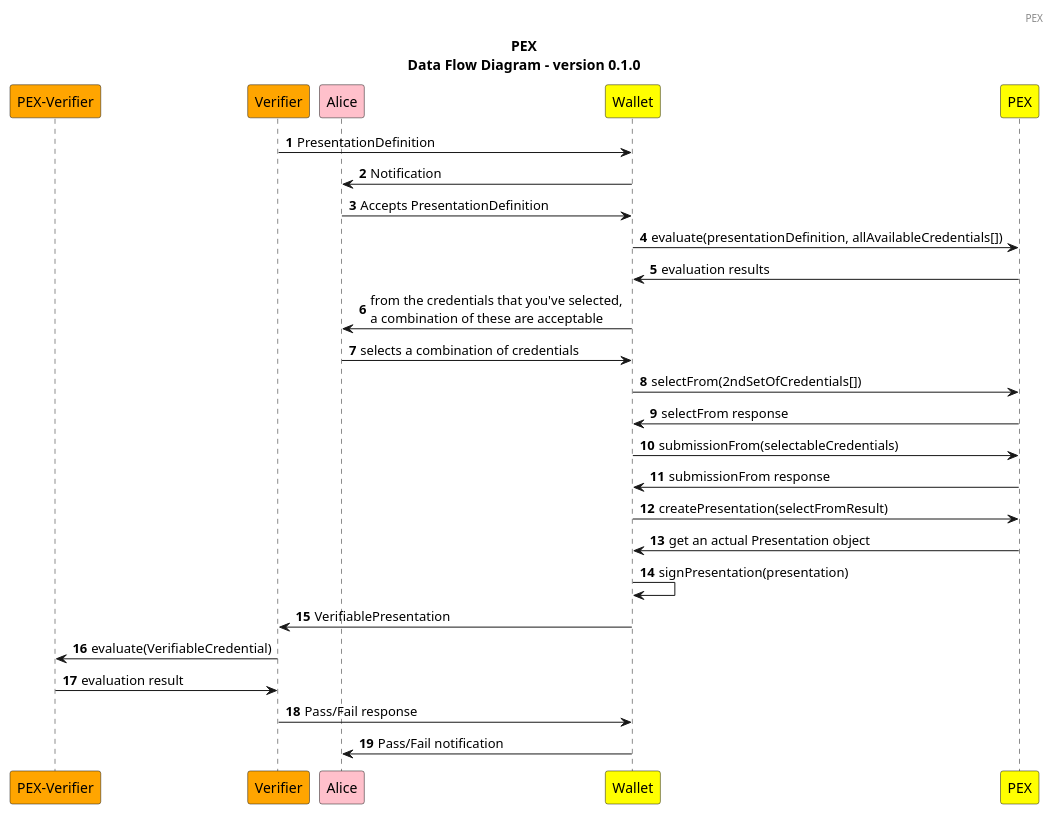
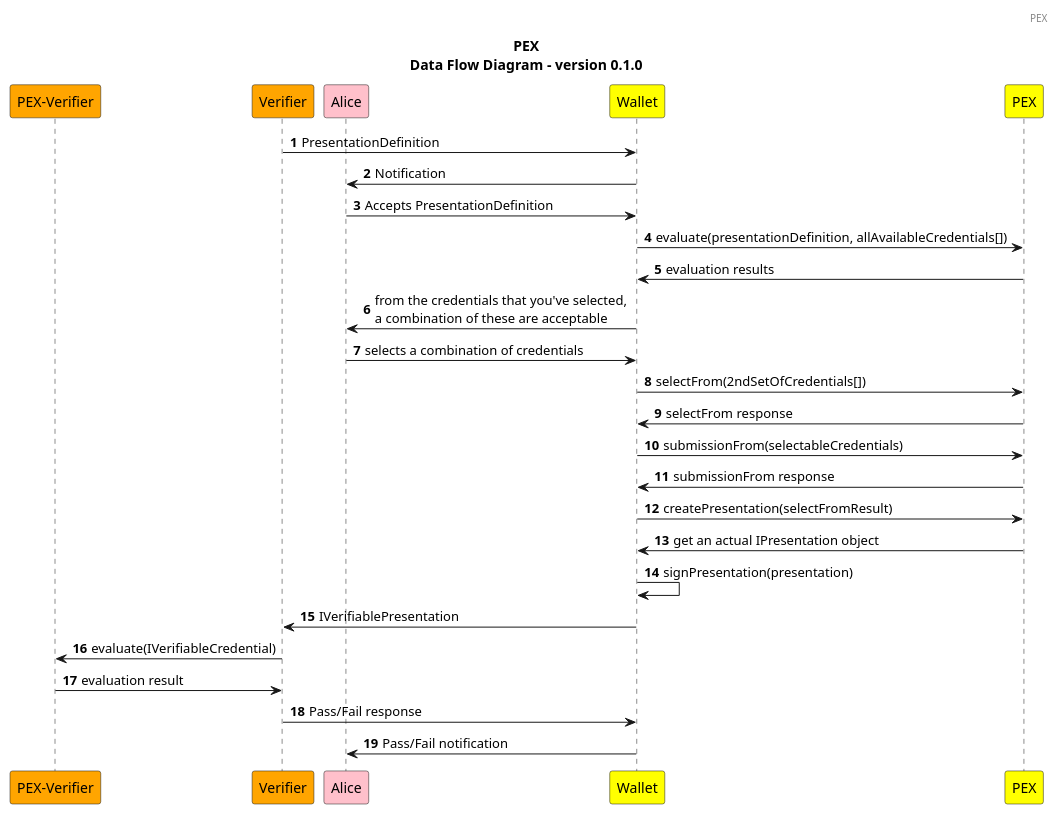
Before and after one commit to Sphereon-Opensource/PEX: the diagram in docs/simple-scenario.puml, drawn with PlantUML. The commit also changed 57 other files, not shown here.

```diff
--- a/docs/simple-scenario.puml
+++ b/docs/simple-scenario.puml
@@ -1,41 +1,41 @@
 @startuml
 
 header PEX
 
 title
 PEX
 Data Flow Diagram - version 0.1.0
 end title
 
 
 autonumber
 
 participant "PEX-Verifier" as PE2 order 0 #ORANGE
 participant "Verifier" as V order 1 #ORANGE
 participant "Alice" as A order 2 #PINK
 participant "Wallet" as W order 3 #YELLOW
 participant "PEX" as PE order 4 #YELLOW
 
 V -> W: PresentationDefinition
 W -> A: Notification
 A -> W: Accepts PresentationDefinition
 W -> PE: evaluate(presentationDefinition, allAvailableCredentials[])
 PE -> W: evaluation results
 W -> A: from the credentials that you've selected, \na combination of these are acceptable
 A -> W: selects a combination of credentials
 W -> PE: selectFrom(2ndSetOfCredentials[])
 PE -> W: selectFrom response
 W -> PE: submissionFrom(selectableCredentials)
 PE -> W: submissionFrom response
 
 W -> PE: createPresentation(selectFromResult)
-PE -> W: get an actual Presentation object
+PE -> W: get an actual IPresentation object
 W -> W: signPresentation(presentation)
 
-W -> V: VerifiablePresentation
+W -> V: IVerifiablePresentation
 
-V -> PE2: evaluate(VerifiableCredential)
+V -> PE2: evaluate(IVerifiableCredential)
 PE2 -> V: evaluation result
 V -> W: Pass/Fail response
 W -> A: Pass/Fail notification
 @enduml
```
